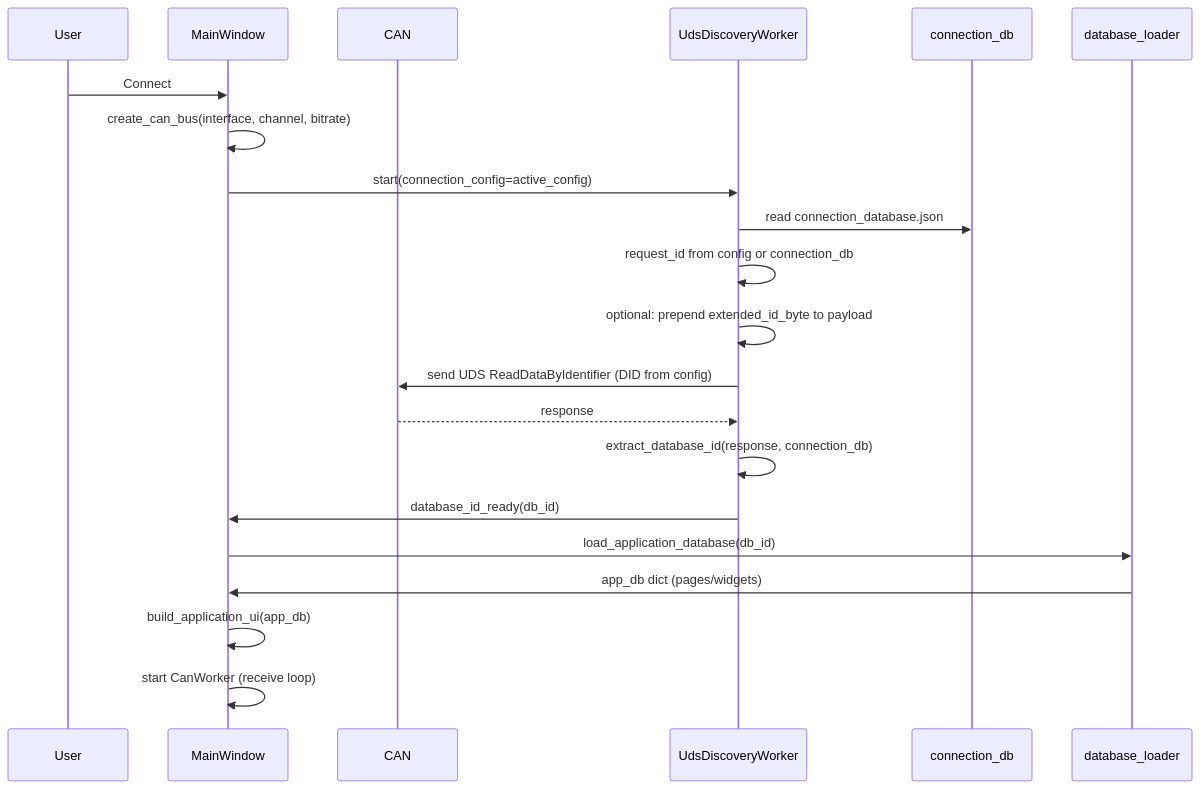
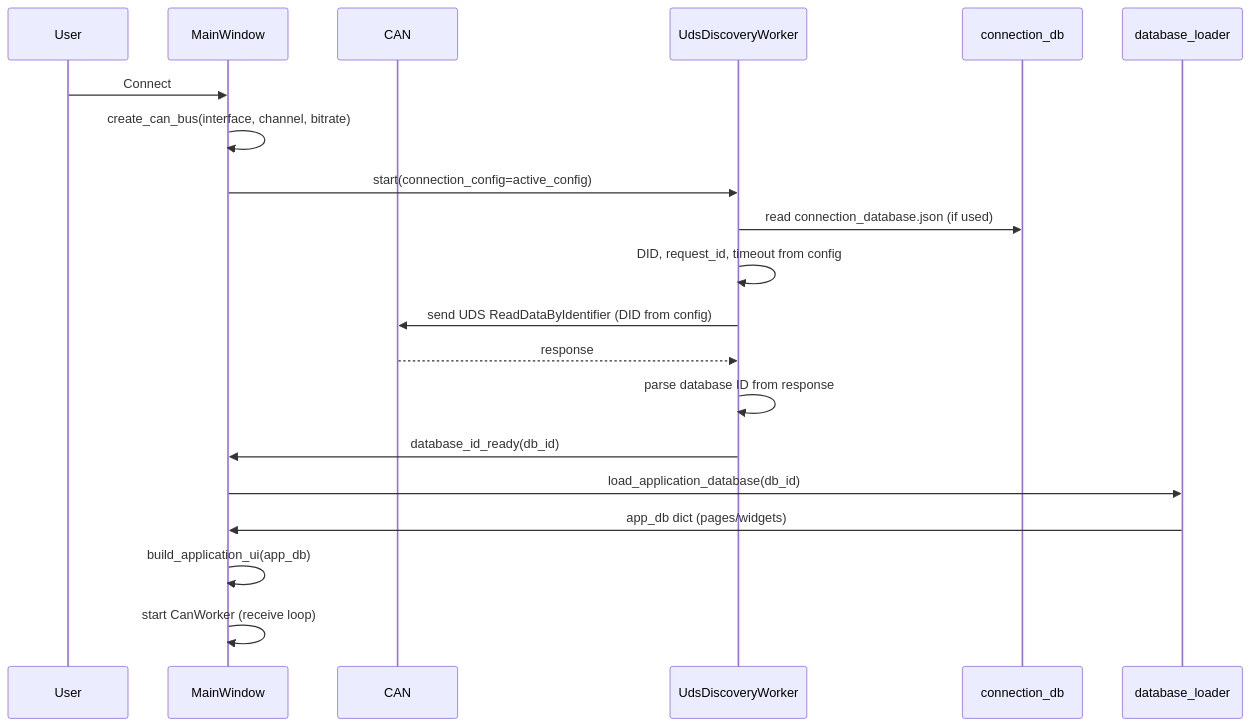
One commit to HyperFluxQc/CanExpert changed the fifth of 7 diagrams in DOCUMENTATION.md. Above: the diagram before and after it, drawn with Mermaid. The commit also changed other lines of this file and 1 other file, not shown here.

````diff
--- a/DOCUMENTATION.md
+++ b/DOCUMENTATION.md
@@ -99,24 +212,23 @@
 ```mermaid
 sequenceDiagram
     participant User
     participant MainWindow
     participant CAN
     participant UdsDiscoveryWorker
     participant connection_db
     participant database_loader
 
     User->>MainWindow: Connect
     MainWindow->>MainWindow: create_can_bus(interface, channel, bitrate)
     MainWindow->>UdsDiscoveryWorker: start(connection_config=active_config)
-    UdsDiscoveryWorker->>connection_db: read connection_database.json
-    UdsDiscoveryWorker->>UdsDiscoveryWorker: request_id from config or connection_db
-    UdsDiscoveryWorker->>UdsDiscoveryWorker: optional: prepend extended_id_byte to payload
+    UdsDiscoveryWorker->>connection_db: read connection_database.json (if used)
+    UdsDiscoveryWorker->>UdsDiscoveryWorker: DID, request_id, timeout from config
     UdsDiscoveryWorker->>CAN: send UDS ReadDataByIdentifier (DID from config)
     CAN-->>UdsDiscoveryWorker: response
-    UdsDiscoveryWorker->>UdsDiscoveryWorker: extract_database_id(response, connection_db)
+    UdsDiscoveryWorker->>UdsDiscoveryWorker: parse database ID from response
     UdsDiscoveryWorker->>MainWindow: database_id_ready(db_id)
     MainWindow->>database_loader: load_application_database(db_id)
     database_loader->>MainWindow: app_db dict (pages/widgets)
     MainWindow->>MainWindow: build_application_ui(app_db)
     MainWindow->>MainWindow: start CanWorker (receive loop)
 ```
````
